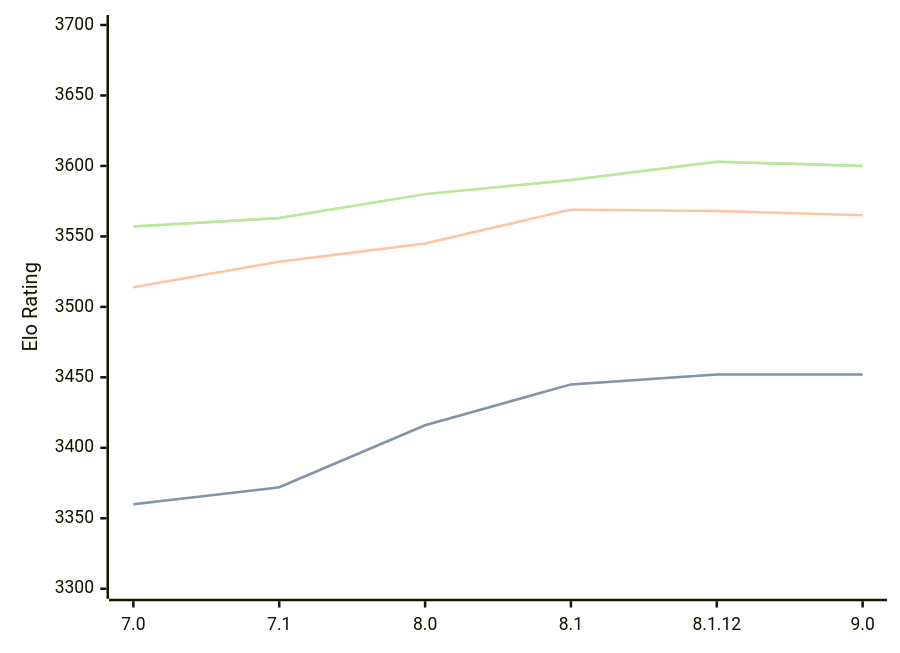
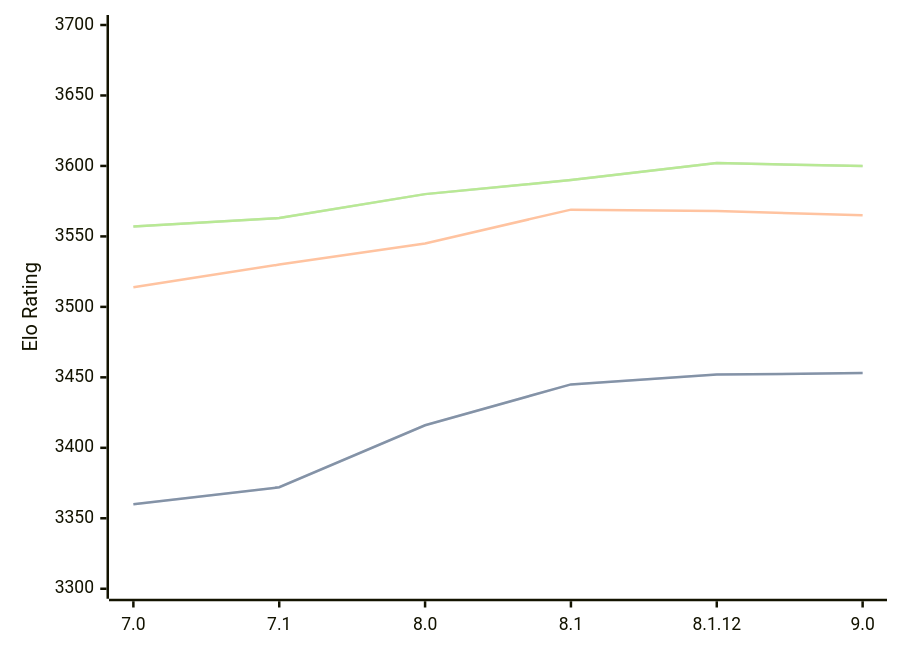
Before and after one commit to computer-chess-index/cci: the diagram in engines/Alexandria.md, drawn with Mermaid. The commit also changed other lines of this file, not shown here.

Commit message:
Update CCI Ratings (ELO VLTC) - 2026-04-08

````diff
--- a/engines/Alexandria.md
+++ b/engines/Alexandria.md
@@ -55,11 +55,11 @@
 ```mermaid
 %%{init: {"theme":"base","themeVariables":{"seriesColors:['#a3a3a3','#222221','#faa371']}}}%%
 xychart-beta
   x-axis ["7.0", "7.1", "8.0", "8.1", "8.1.12", "9.0"]
   y-axis "Elo Rating" 3300 --> 3700
-  line "STC (8.0+0.08s)" [3360, 3372, 3416, 3445, 3452, 3452]
-  line "STC (8.0+0.08s)" [3360, 3372, 3416, 3445, 3452, 3452]
-  line "LTC (60.0+0.60s)" [3514, 3532, 3545, 3569, 3568, 3565]
-  line "VLTC (2m24s+1.12s)" [3557, 3563, 3580, 3590, 3603, 3600]
-  line "VLTC (2m24s+1.12s)" [3557, 3563, 3580, 3590, 3603, 3600]
+  line "STC (8.0+0.08s)" [3360, 3372, 3416, 3445, 3452, 3453]
+  line "STC (8.0+0.08s)" [3360, 3372, 3416, 3445, 3452, 3453]
+  line "LTC (60.0+0.60s)" [3514, 3530, 3545, 3569, 3568, 3565]
+  line "VLTC (2m24s+1.12s)" [3557, 3563, 3580, 3590, 3602, 3600]
+  line "VLTC (2m24s+1.12s)" [3557, 3563, 3580, 3590, 3602, 3600]
 ```
````
